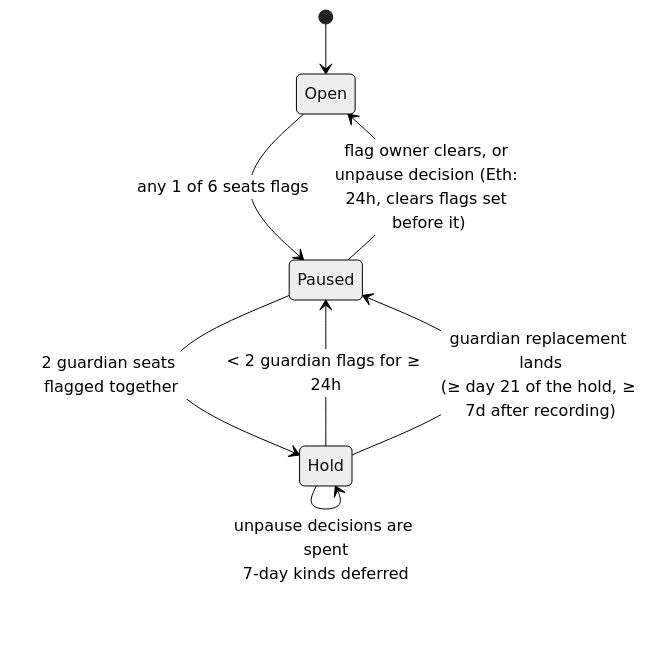
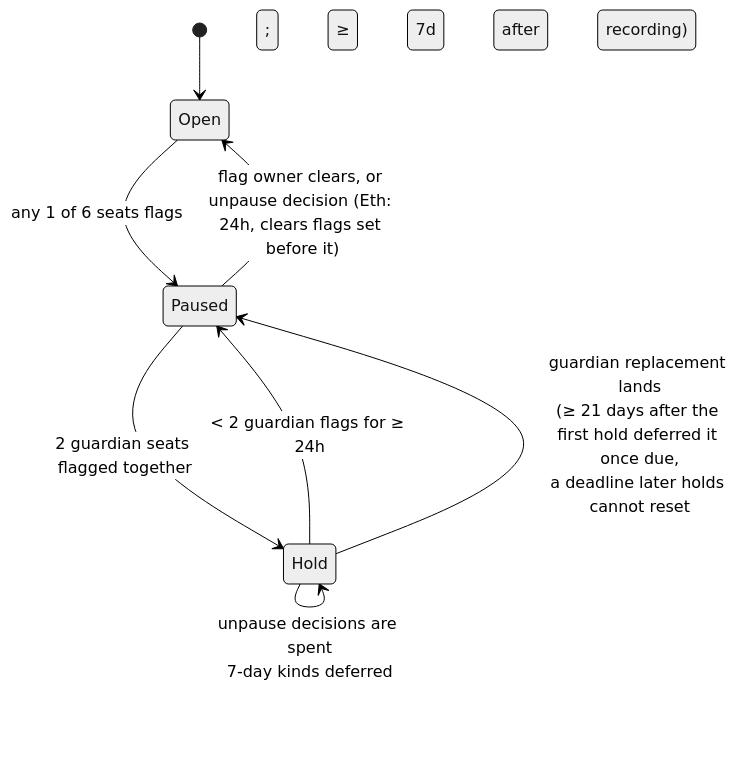
One commit to gnolang/gno changed the eighth of 13 diagrams in gno.land/adr/pr6375_ibc_ethereum.md. Above: the diagram before and after it, drawn with Mermaid (neutral theme). The commit also changed other lines of this file, not shown here.

````diff
--- a/gno.land/adr/pr6375_ibc_ethereum.md
+++ b/gno.land/adr/pr6375_ibc_ethereum.md
@@ -654,10 +660,10 @@
 ```mermaid
 stateDiagram-v2
   [*] --> Open
   Open --> Paused: any 1 of 6 seats flags
   Paused --> Open: flag owner clears, or unpause decision (Eth: 24h, clears flags set before it)
   Paused --> Hold: 2 guardian seats flagged together
   Hold --> Paused: < 2 guardian flags for ≥ 24h
   Hold --> Hold: unpause decisions are spent<br/>7-day kinds deferred
-  Hold --> Paused: guardian replacement lands<br/>(≥ day 21 of the hold, ≥ 7d after recording)
+  Hold --> Paused: guardian replacement lands<br/>(≥ 21 days after the first hold deferred it once due,<br/>a deadline later holds cannot reset; ≥ 7d after recording)
 ```
````
